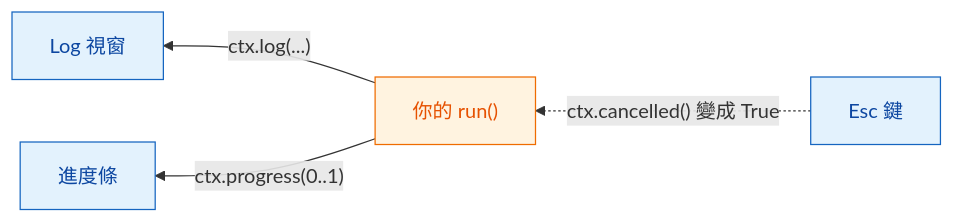
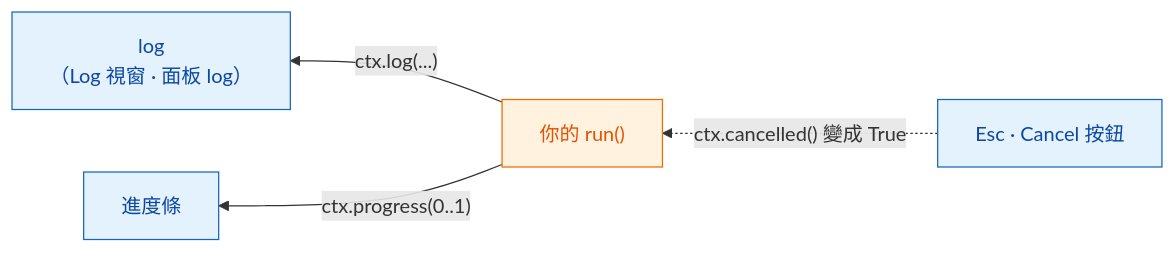
One commit to Oxford-Zeiss-Centre-of-Excellence/Wavu changed the diagram in guide/write/logs-progress-cancel.zh-Hant.md. Above: the diagram before and after it, drawn with Mermaid. The commit also changed other lines of this file and 70 other files, not shown here.

````diff
--- a/guide/write/logs-progress-cancel.zh-Hant.md
+++ b/guide/write/logs-progress-cancel.zh-Hant.md
@@ -14,13 +23,13 @@
 ```mermaid
 flowchart RL
     S["你的 run()"]:::script
-    L["Log 視窗"]:::fiji
+    L["log<br/>（Log 視窗 · 面板 log）"]:::fiji
     P["進度條"]:::fiji
-    E["Esc 鍵"]:::fiji
+    E["Esc · Cancel 按鈕"]:::fiji
     S -- "ctx.log(...)" --> L
     S -- "ctx.progress(0..1)" --> P
     E -. "ctx.cancelled() 變成 True" .-> S
 
     classDef fiji   fill:#e3f2fd,stroke:#1565c0,color:#0d47a1
     classDef script fill:#fff3e0,stroke:#ef6c00,color:#e65100
 ```
````
